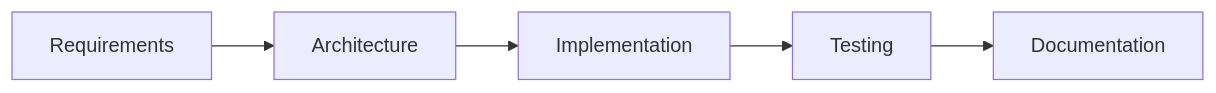
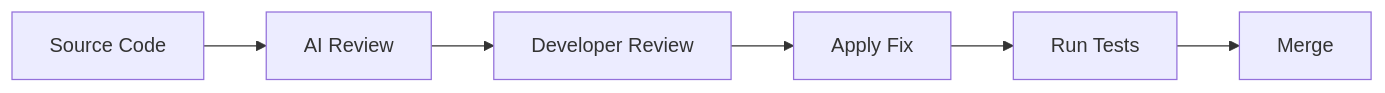
Before and after one commit to ashwinkrpi/ai-assisted-development-book: the diagram in chapters/02-ai-assisted-development/08-advanced-prompting-techniques.md, drawn with Mermaid. The commit also changed other lines of this file and 65 other files, not shown here.

````diff
--- a/chapters/02-ai-assisted-development/08-advanced-prompting-techniques.md
+++ b/chapters/02-ai-assisted-development/08-advanced-prompting-techniques.md
@@ -19,7 +96,8 @@
-```mermaid
+``` mermaid
 flowchart LR
-A[Requirements]-->B[Architecture]
-B-->C[Implementation]
-C-->D[Testing]
-D-->E[Documentation]
+A[Source Code]-->B[AI Review]
+B-->C[Developer Review]
+C-->D[Apply Fix]
+D-->E[Run Tests]
+E-->F[Merge]
 ```
````
